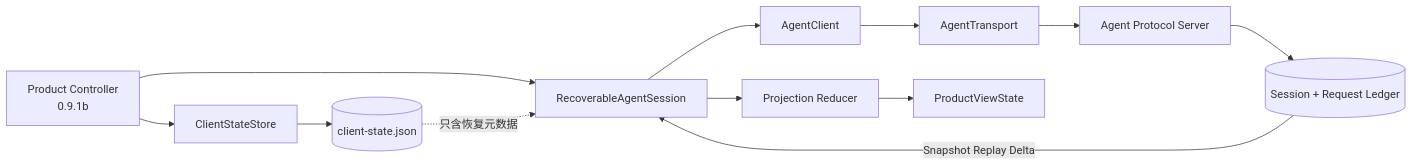
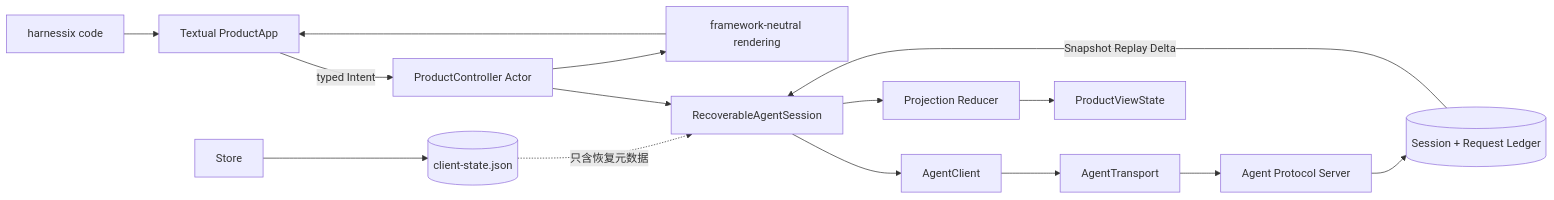
Before and after one commit to carrie1988/Harnessix: the first of 9 diagrams in docs/modules/product-ui.md, drawn with Mermaid. The commit also changed other lines of this file and 30 other files, not shown here.

Commit message:
feat: add recoverable terminal product shell

````diff
--- a/docs/modules/product-ui.md
+++ b/docs/modules/product-ui.md
@@ -83,14 +94,17 @@
 ```mermaid
 flowchart LR
-    Controller[Product Controller<br/>0.9.1b] --> Session[RecoverableAgentSession]
-    Controller --> Store[ClientStateStore]
+    CLI[harnessix code] --> App[Textual ProductApp]
+    App -->|typed Intent| Controller[ProductController Actor]
+    Controller --> Session[RecoverableAgentSession]
     Session --> Client[AgentClient]
     Client --> Transport[AgentTransport]
     Transport --> Server[Agent Protocol Server]
     Server --> Facts[(Session + Request Ledger)]
     Session --> Reducer[Projection Reducer]
     Reducer --> View[ProductViewState]
     Store --> Local[(client-state.json)]
     Facts -->|Snapshot Replay Delta| Session
     Local -. 只含恢复元数据 .-> Session
+    Controller --> Renderer[framework-neutral rendering]
+    Renderer --> App
 ```
````
